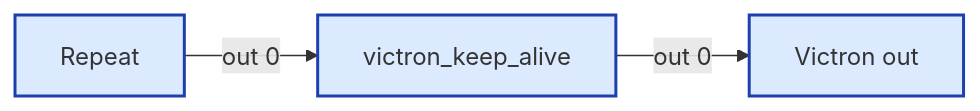
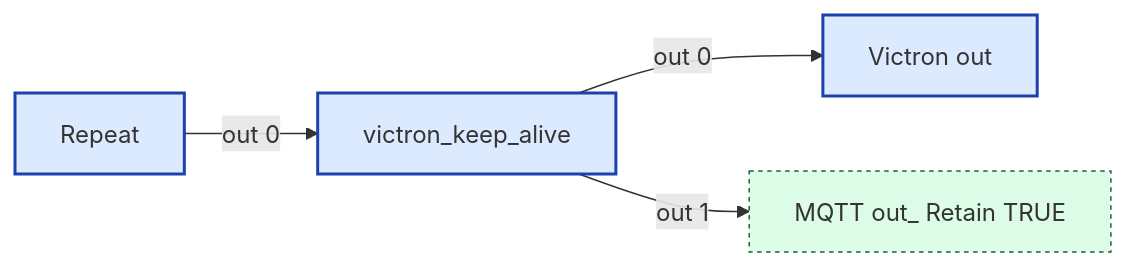
The seventh of 13 diagrams in src/wiring/victron.md (Backroads4Me/librecoach-node-red), drawn with Mermaid before and after one commit. The commit also changed other lines of this file and 35 other files, not shown here.

````diff
--- a/src/wiring/victron.md
+++ b/src/wiring/victron.md
@@ -236,14 +236,16 @@
 ```mermaid
 flowchart LR
   classDef fn fill:#dbeafe,stroke:#1e40af,stroke-width:2px
   classDef ui fill:#ede9fe,stroke:#5b21b6,stroke-width:2px
   classDef sub fill:#fef3c7,stroke:#92400e,stroke-width:2px
   classDef link fill:#dcfce7,stroke:#166534,stroke-width:1px,stroke-dasharray:3 3
   classDef config fill:#f3f4f6,stroke:#6b7280,stroke-width:1px,stroke-dasharray:2 2
   classDef disabled opacity:0.5,stroke-dasharray:4 4
   n_36f5f1a727df["victron_keep_alive"]:::fn
+  n_bd38c37850a3["MQTT out_ Retain TRUE"]:::link
   n_c80ea298a372["Victron out"]:::fn
   n_f9d1a59e25ce["Repeat"]:::fn
   n_36f5f1a727df -->|out 0| n_c80ea298a372
+  n_36f5f1a727df -->|out 1| n_bd38c37850a3
   n_f9d1a59e25ce -->|out 0| n_36f5f1a727df
 ```
````
